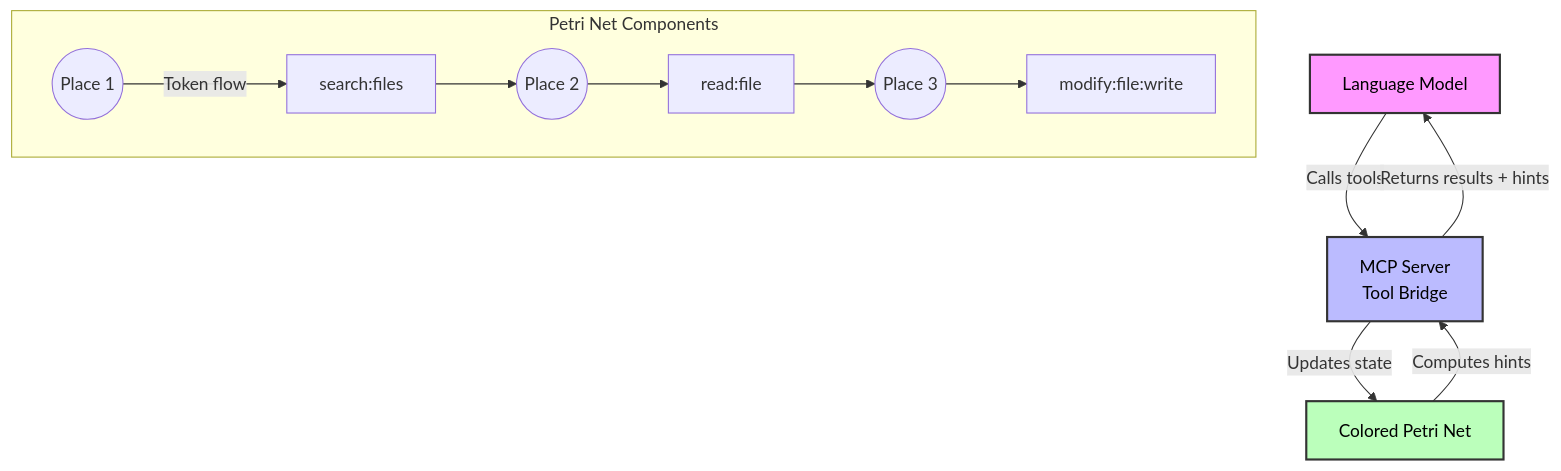
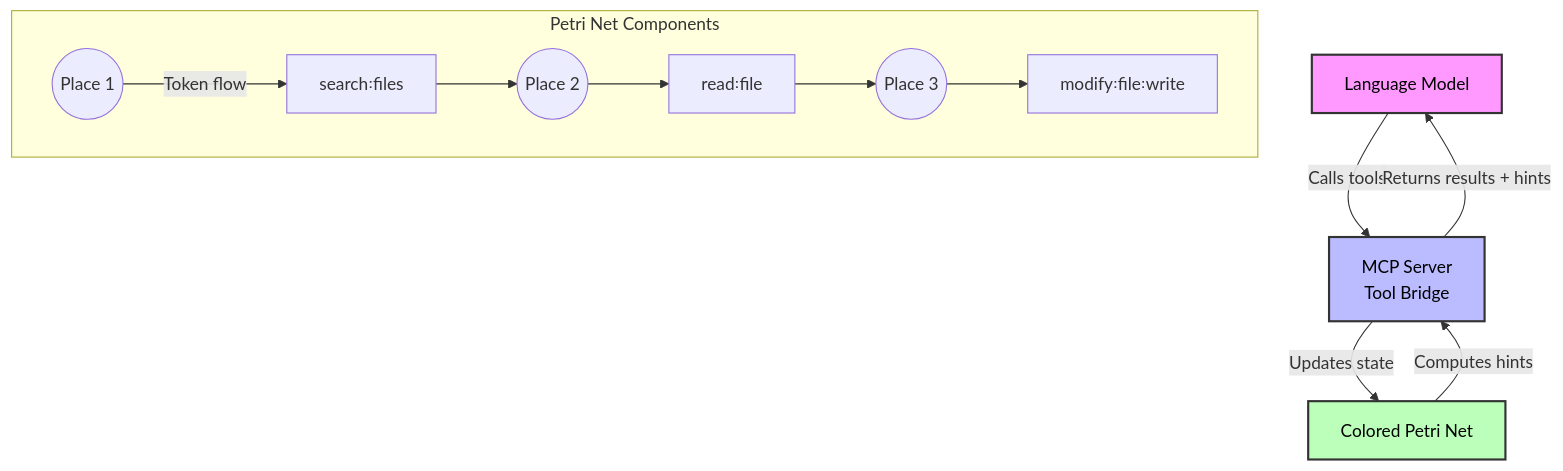
The first of 2 diagrams in README.md (aaronsb/petri-graph-template), drawn with Mermaid before and after one commit.

Commit message:
Use Unicode colon in all Mermaid diagram transitions
- Updated architecture diagram transitions to use Unicode modifier colon
- Ensures consistency across all Mermaid diagrams
- Code examples correctly retain regular colons

🤖 Generated with [Claude Code](https://claude.ai/code)

````diff
--- a/README.md
+++ b/README.md
@@ -57,30 +57,30 @@
 ```mermaid
 graph TB
     LM[Language Model]
     MCP[MCP Server<br/>Tool Bridge]
     CPN[Colored Petri Net]
     
     LM -->|Calls tools| MCP
     MCP -->|Updates state| CPN
     CPN -->|Computes hints| MCP
     MCP -->|Returns results + hints| LM
     
     subgraph "Petri Net Components"
         P1((Place 1))
         P2((Place 2))
         P3((Place 3))
-        T1[search:files]
-        T2[read:file]
-        T3[modify:file:write]
+        T1[search꞉files]
+        T2[read꞉file]
+        T3[modify꞉file꞉write]
         
         P1 -->|Token flow| T1
         T1 --> P2
         P2 --> T2
         T2 --> P3
         P3 --> T3
     end
     
     style LM fill:#f9f,stroke:#333,stroke-width:2px,color:#000
     style MCP fill:#bbf,stroke:#333,stroke-width:2px,color:#000
     style CPN fill:#bfb,stroke:#333,stroke-width:2px,color:#000
 ```
````
